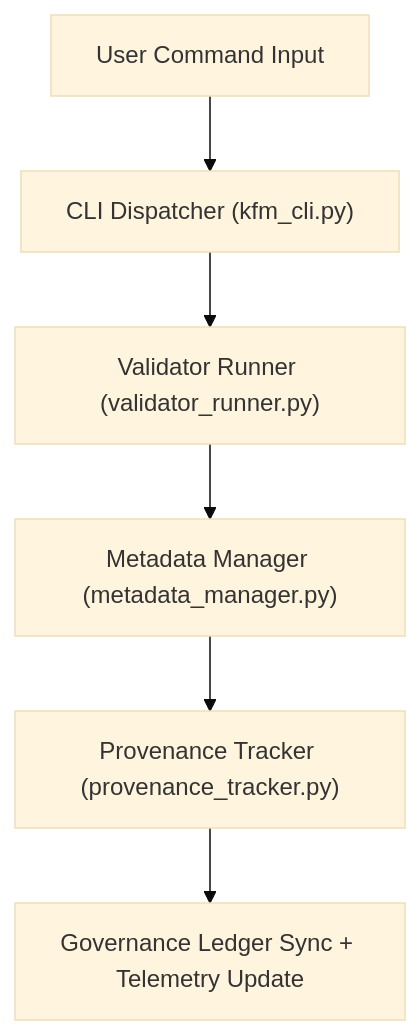
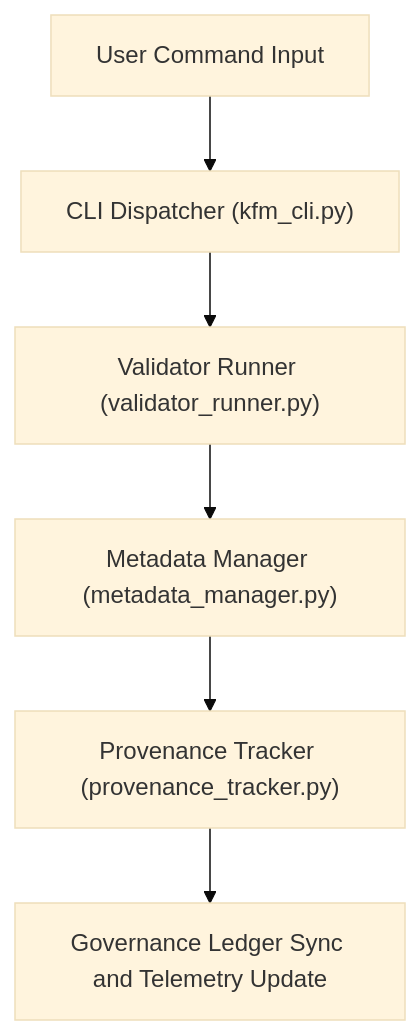
The diagram in tools/cli/README.md (bartytime4life/Kansas-Frontier-Matrix), drawn with Mermaid (base theme) before and after one commit. The commit also changed other lines of this file, not shown here.

````diff
--- a/tools/cli/README.md
+++ b/tools/cli/README.md
@@ -74,8 +74,8 @@
 ```mermaid
 flowchart TD
-A["User Command Input"] --> B["CLI Dispatcher (kfm_cli.py)"]
-B --> C["Validator Runner (validator_runner.py)"]
-C --> D["Metadata Manager (metadata_manager.py)"]
-D --> E["Provenance Tracker (provenance_tracker.py)"]
-E --> F["Governance Ledger Sync + Telemetry Update"]
+    A["User Command Input"] --> B["CLI Dispatcher (kfm_cli.py)"]
+    B --> C["Validator Runner (validator_runner.py)"]
+    C --> D["Metadata Manager (metadata_manager.py)"]
+    D --> E["Provenance Tracker (provenance_tracker.py)"]
+    E --> F["Governance Ledger Sync and Telemetry Update"]
 ```
````
